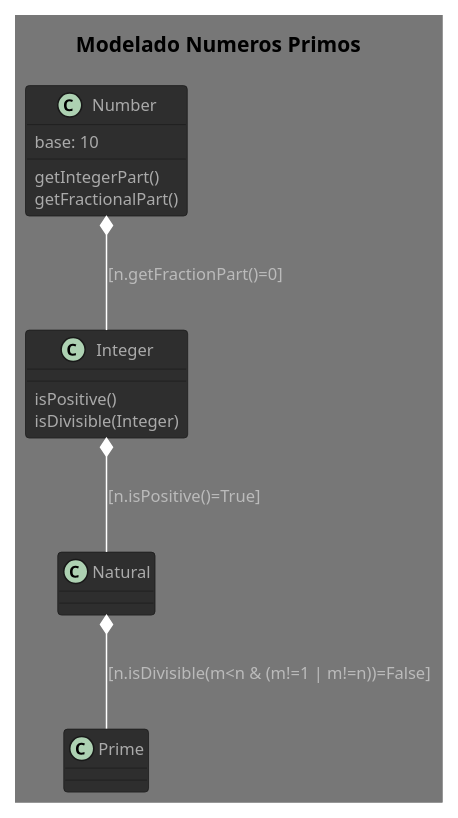
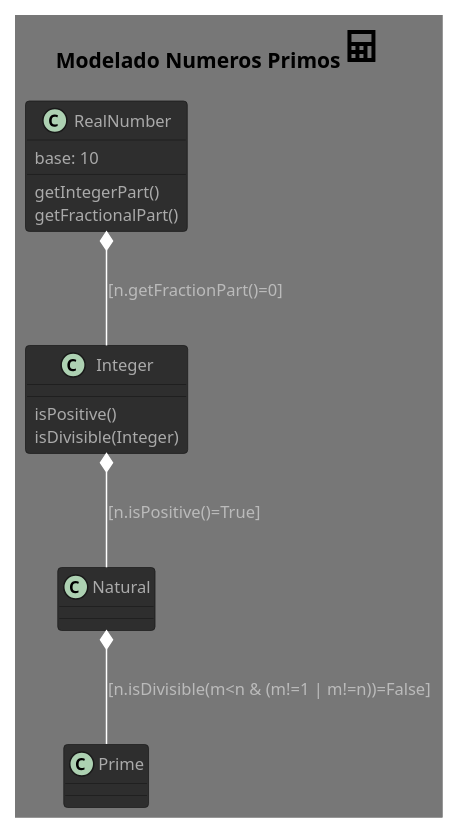
Before and after one commit to Joselon/joselon.github.io: the diagram in PracticasMaster/01_Modelado_O/UML/primeNumber.puml, drawn with PlantUML.

Commit message:
PrimeNumbers:0.2

```diff
--- a/PracticasMaster/01_Modelado_O/UML/primeNumber.puml
+++ b/PracticasMaster/01_Modelado_O/UML/primeNumber.puml
@@ -1,43 +1,43 @@
 @startuml PrimeNumber
 
 !theme reddress-darkred
-title Modelado Numeros Primos
+title Modelado Numeros Primos <size:32><&calculator></size>
 
 class Prime{
  
 }
 
 class Natural {
 
 }
 
 
 class Integer {
     isPositive()
     isDivisible(Integer)
 }
 
-class Number {
+class RealNumber {
     base: 10
     getIntegerPart()
     getFractionalPart()
 }
 
-Number *-- Integer : [n.getFractionPart()=0]
+RealNumber *-- Integer : [n.getFractionPart()=0]
 Integer *-- Natural : [n.isPositive()=True]
 Natural *-- Prime : [n.isDivisible(m<n & (m!=1 | m!=n))=False]
 
 
 'Padre <|-down- Hija : Herencia
 'AbstractInterfaz <|.. Concreta : Implementacion ?
 'Todo "1" *-up- "many" Parte: Composition
 ' o-- Agregacion
 ' ..> Uso
 '-			private
 '#			protected
 '~			package private
 '+			public
 
 ' help theme
 
 @end
```
